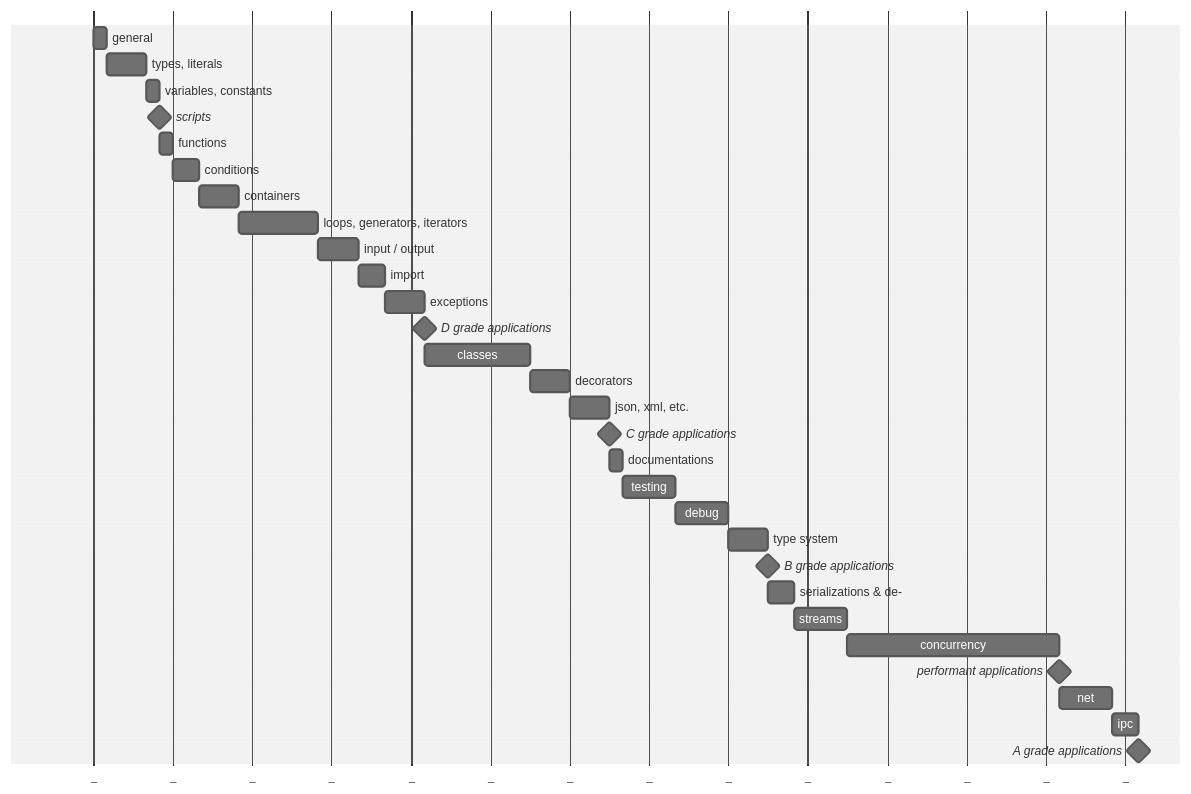
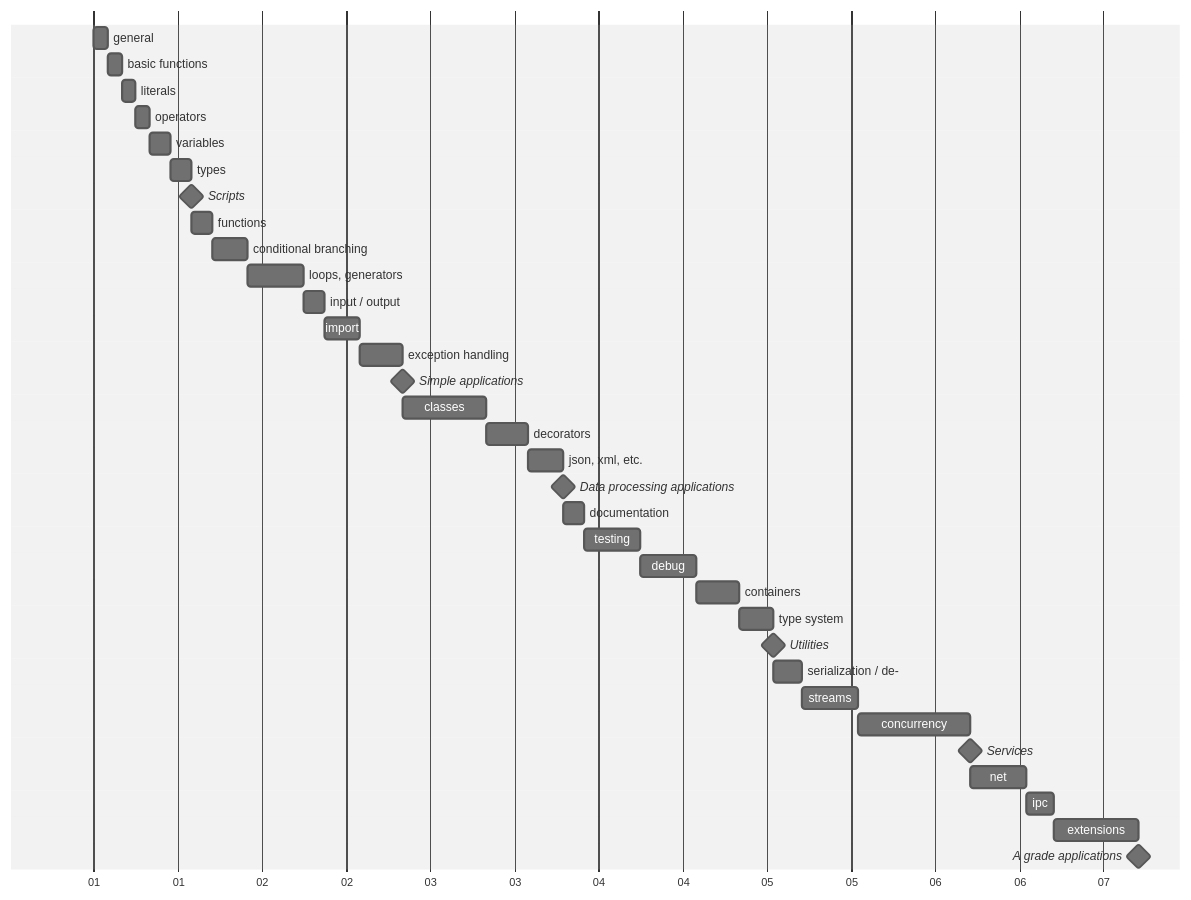
Before and after one commit to maxja/pythonic: the diagram in README.md, drawn with Mermaid. The commit also changed other lines of this file and 1 other file, not shown here.

````diff
--- a/README.md
+++ b/README.md
@@ -19,36 +26,40 @@
 ```mermaid
 %%{init: {'theme':'neutral'}}%%
 gantt
   dateFormat off
-  axisFormat _
+  axisFormat %d
   todayMarker off
 
-  general 				:general, 	2023-12-02, 1h
-  types, literals 				:types, 		after general, 3h
-  variables, constants 			:var_const, after types, 1h
-  scripts 						:milestone, m1
-  functions                       :def, 		after var_const, 1h
-  conditions 						:branching, after def, 2h
-  containers 					:containers, after branching, 3h
-  loops, generators, iterators 	:loops, 		after containers, 6h
-  input / output 					:io, 		after loops, 3h
-  import 						:import, 	after io, 2h
-  exceptions 					:exceptions, after import, 3h
-  D grade applications 			:milestone, m2
-  classes 						:class, 		after exceptions, 8h
-  decorators                    :decorators, after class, 3h
-  json, xml, etc. 				:file_formats, after decorators, 3h
-  C grade applications 					:milestone, m3
-  documentations 					:docs, 		after file_formats, 1h
-  testing 					:testing, 	after docs, 4h
-  debug 							:debug, 		after testing, 4h
-  type system 						:type_system, after debug, 3h
-  B grade applications 					:milestone, m4
-  serializations & de- 			:serialization, after type_system, 2h
-  streams 						:streams, 	after serialization, 4h
-  concurrency 					:concurrency, after streams, 16h
-  performant applications 	:milestone, m5
-  net 							:net, 		after concurrency, 4h
-  ipc 							:ipc, 		after net, 2h
-  A grade applications 			:milestone, m6
+  general               :general,    0, 2h
+  basic functions       :basic,      after general, 2h
+  literals              :literals,   after basic, 2h
+  operators             :operators,  after literals, 2h
+  variables             :var_const,  after operators, 3h
+  types                  :types,      after var_const, 3h
+  Scripts :milestone, m1
+  functions             :def,        after types, 3h
+  conditional branching :branching,  after def, 5h
+  loops, generators     :loops,      after branching, 8h
+  input / output        :io,         after loops, 3h
+  import                :import,     after io, 5h
+  exception handling    :exceptions, after import, 6h
+  Simple applications :milestone, m2
+  classes               :class,      after exceptions, 12h
+  decorators            :decorators, after class, 6h
+  json, xml, etc.       :file_formats, after decorators, 5h
+  Data processing applications :milestone, m3
+  documentation         :docs,       after file_formats, 3h
+  testing               :testing,    after docs, 8h
+  debug                 :debug,      after testing, 8h
+  containers            :containers, after debug, 6h
+  type system           :type_system, after containers, 5h
+  Utilities :milestone, m4
+  serialization / de-   :serialization, after type_system, 4h
+  streams               :streams, after serialization, 8h
+  concurrency           :concurrency, after streams, 16h
+  Services :milestone, m5
+  net                   :net, after concurrency, 8h
+  ipc                   :ipc, after net, 4h
+  extensions            :extensions, after ipc, 12h
+  A grade applications :milestone, m6
 ```
````
